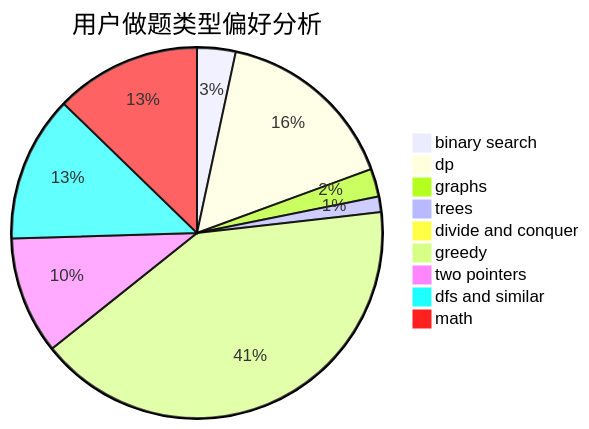
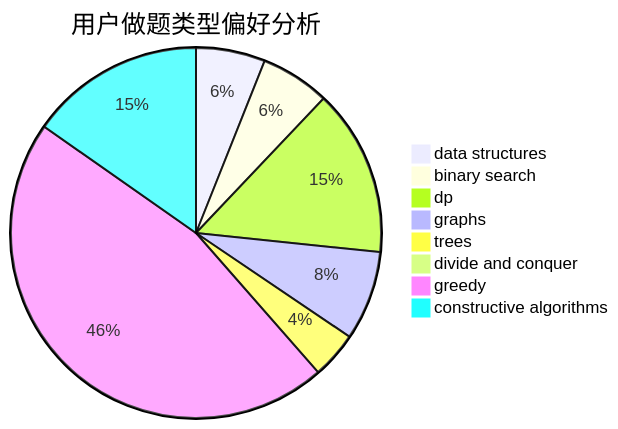
Before and after one commit to sherpahu/cfrs.github.io: the second of 3 diagrams in docs/user/u1026.md, drawn with Mermaid. The commit also changed other lines of this file and 2775 other files, not shown here.

````diff
--- a/docs/user/u1026.md
+++ b/docs/user/u1026.md
@@ -23,12 +23,11 @@
 ```mermaid
 pie title 用户做题类型偏好分析
-    "binary search" :  62
-    "dp" :  296
-    "graphs" :  45
-    "trees" :  25
-    "divide and conquer" :  6
-    "greedy" :  758
-    "two pointers" :  189
-    "dfs and similar" :  235
-    "math" :  235
+    "data structures" :  34
+    "binary search" :  34
+    "dp" :  82
+    "graphs" :  44
+    "trees" :  23
+    "divide and conquer" :  0
+    "greedy" :  260
+    "constructive algorithms" :  86
 ```
````
